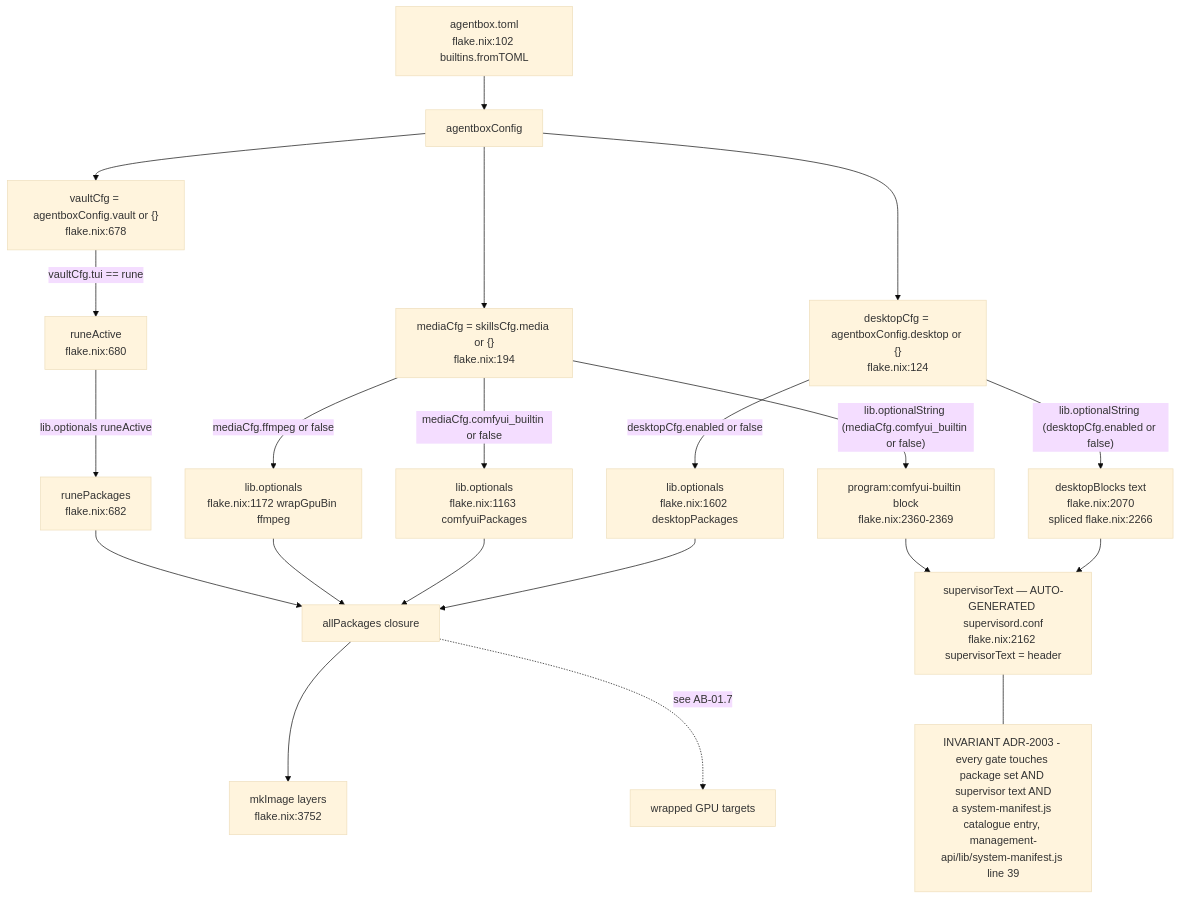
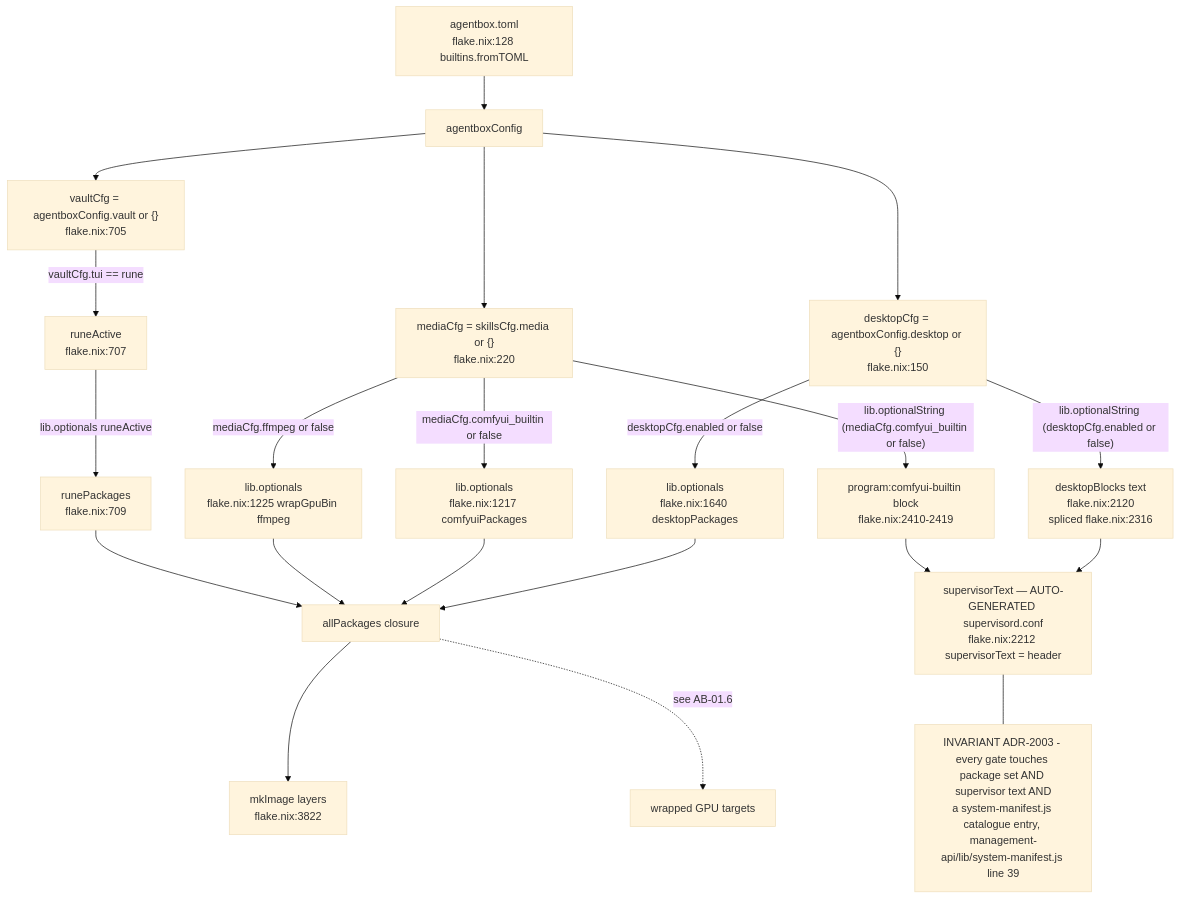
Before and after one commit to DreamLab-AI/VisionFlow: the first of 10 diagrams in docs/diagrams/agentbox/01-nix-flake-composition.md, drawn with Mermaid (base theme). The commit also changed other lines of this file and 136 other files, not shown here.

First line of the commit message:
docs(diagrams): refresh the whole corpus to code HEAD and prune low-value diagrams

````diff
--- a/docs/diagrams/agentbox/01-nix-flake-composition.md
+++ b/docs/diagrams/agentbox/01-nix-flake-composition.md
@@ -30,30 +30,30 @@
 ```mermaid
 flowchart TB
-    TOML["agentbox.toml<br/>flake.nix:102 builtins.fromTOML"] --> CFG["agentboxConfig"]
-    CFG --> DESK["desktopCfg = agentboxConfig.desktop or {}<br/>flake.nix:124"]
-    CFG --> MEDIA["mediaCfg = skillsCfg.media or {}<br/>flake.nix:194"]
-    CFG --> VAULT["vaultCfg = agentboxConfig.vault or {}<br/>flake.nix:678"]
+    TOML["agentbox.toml<br/>flake.nix:128 builtins.fromTOML"] --> CFG["agentboxConfig"]
+    CFG --> DESK["desktopCfg = agentboxConfig.desktop or {}<br/>flake.nix:150"]
+    CFG --> MEDIA["mediaCfg = skillsCfg.media or {}<br/>flake.nix:220"]
+    CFG --> VAULT["vaultCfg = agentboxConfig.vault or {}<br/>flake.nix:705"]
 
-    DESK -->|"desktopCfg.enabled or false"| DESKOPT["lib.optionals<br/>flake.nix:1602 desktopPackages"]
-    MEDIA -->|"mediaCfg.comfyui_builtin or false"| COMFYOPT["lib.optionals<br/>flake.nix:1163 comfyuiPackages"]
-    MEDIA -->|"mediaCfg.ffmpeg or false"| FFOPT["lib.optionals<br/>flake.nix:1172 wrapGpuBin ffmpeg"]
-    VAULT -->|"vaultCfg.tui == rune"| RUNEOPT["runeActive<br/>flake.nix:680"]
+    DESK -->|"desktopCfg.enabled or false"| DESKOPT["lib.optionals<br/>flake.nix:1640 desktopPackages"]
+    MEDIA -->|"mediaCfg.comfyui_builtin or false"| COMFYOPT["lib.optionals<br/>flake.nix:1217 comfyuiPackages"]
+    MEDIA -->|"mediaCfg.ffmpeg or false"| FFOPT["lib.optionals<br/>flake.nix:1225 wrapGpuBin ffmpeg"]
+    VAULT -->|"vaultCfg.tui == rune"| RUNEOPT["runeActive<br/>flake.nix:707"]
 
     DESKOPT --> ALLPKG["allPackages closure"]
     COMFYOPT --> ALLPKG
     FFOPT --> ALLPKG
-    RUNEOPT -->|"lib.optionals runeActive"| RUNEPKG["runePackages<br/>flake.nix:682"]
+    RUNEOPT -->|"lib.optionals runeActive"| RUNEPKG["runePackages<br/>flake.nix:709"]
     RUNEPKG --> ALLPKG
 
-    DESK -->|"lib.optionalString (desktopCfg.enabled or false)"| DESKSUP["desktopBlocks text<br/>flake.nix:2070<br/>spliced flake.nix:2266"]
-    MEDIA -->|"lib.optionalString (mediaCfg.comfyui_builtin or false)"| COMFYSUP["program:comfyui-builtin block<br/>flake.nix:2360-2369"]
+    DESK -->|"lib.optionalString (desktopCfg.enabled or false)"| DESKSUP["desktopBlocks text<br/>flake.nix:2120<br/>spliced flake.nix:2316"]
+    MEDIA -->|"lib.optionalString (mediaCfg.comfyui_builtin or false)"| COMFYSUP["program:comfyui-builtin block<br/>flake.nix:2410-2419"]
 
-    DESKSUP --> SUPTEXT["supervisorText — AUTO-GENERATED supervisord.conf<br/>flake.nix:2162 supervisorText = header"]
+    DESKSUP --> SUPTEXT["supervisorText — AUTO-GENERATED supervisord.conf<br/>flake.nix:2212 supervisorText = header"]
     COMFYSUP --> SUPTEXT
-    ALLPKG --> MKIMAGE["mkImage layers<br/>flake.nix:3752"]
+    ALLPKG --> MKIMAGE["mkImage layers<br/>flake.nix:3822"]
 
-    ALLPKG -.->|"see AB-01.7"| WRAPTGT["wrapped GPU targets"]
+    ALLPKG -.->|"see AB-01.6"| WRAPTGT["wrapped GPU targets"]
 
     note1["INVARIANT ADR-2003 - every gate touches package set AND supervisor text AND<br/>a system-manifest.js catalogue entry, management-api/lib/system-manifest.js line 39"]
     SUPTEXT --- note1
 ```
````
